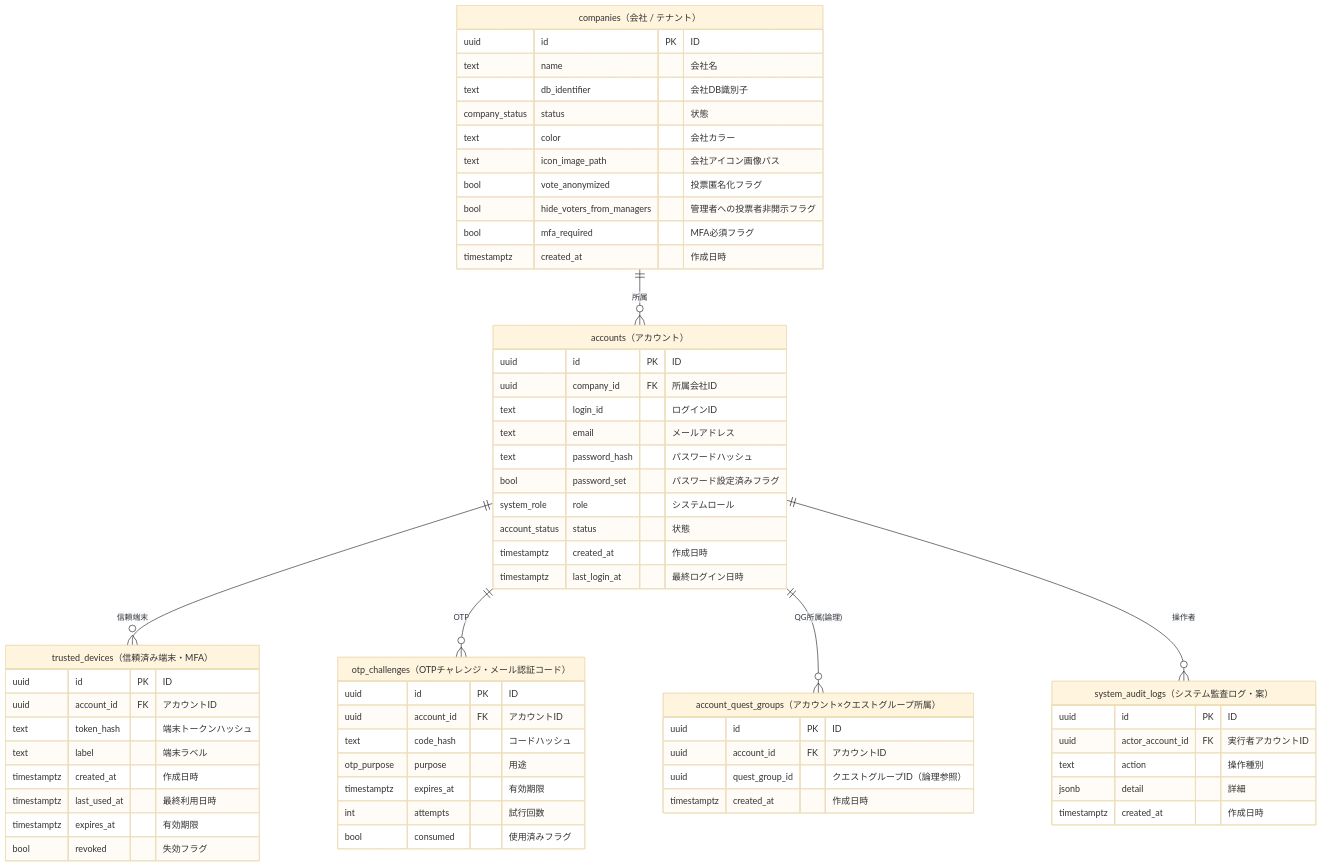
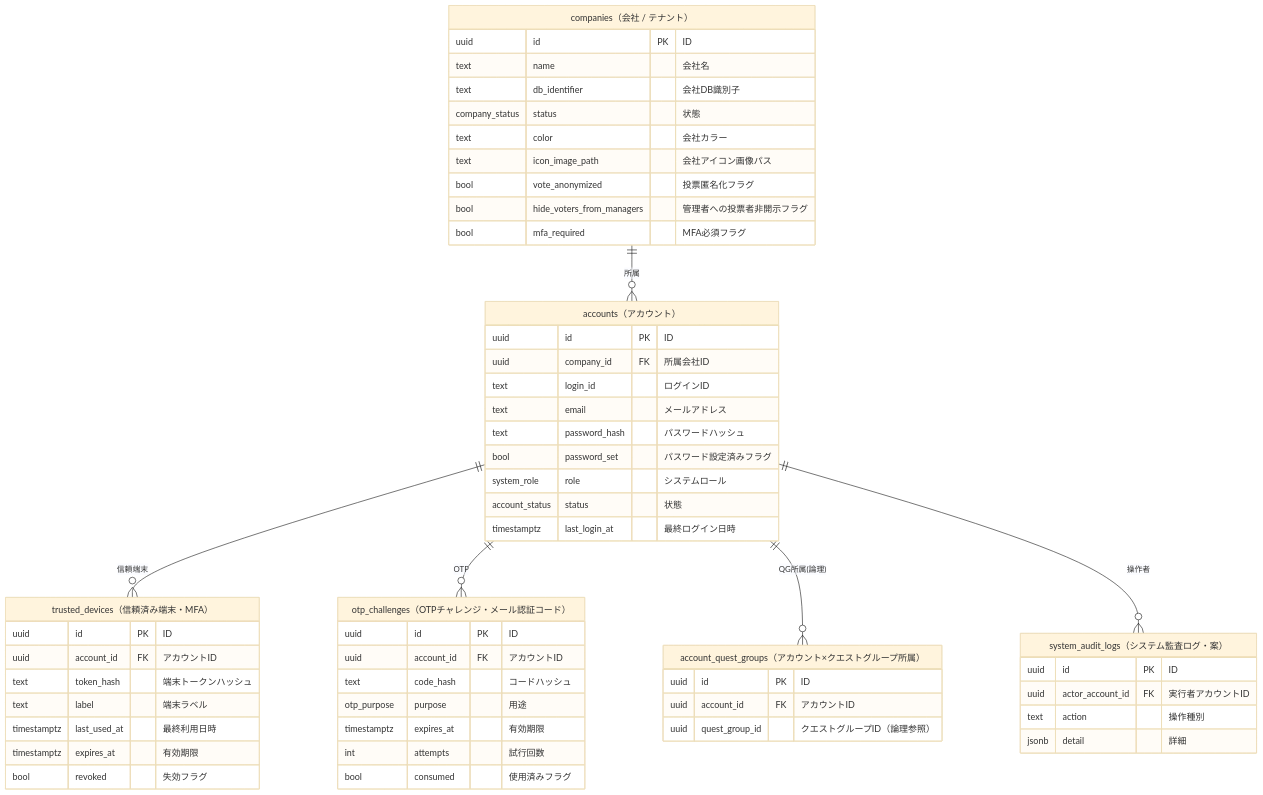
The second of 4 diagrams in doc/データモデル.md (t-umekawa-sc/sc-ideaquest-G2), drawn with Mermaid (base theme) before and after one commit. The commit also changed other lines of this file and 1 other file, not shown here.

First line of the commit message:
データモデル.md 監査カラムを各表・ER図から完全省略へ統一

````diff
--- a/doc/データモデル.md
+++ b/doc/データモデル.md
@@ -149,65 +149,60 @@
 ```mermaid
 erDiagram
   companies ||--o{ accounts : "所属"
   accounts ||--o{ trusted_devices : "信頼端末"
   accounts ||--o{ otp_challenges : "OTP"
   accounts ||--o{ account_quest_groups : "QG所属(論理)"
   accounts ||--o{ system_audit_logs : "操作者"
 
   companies["companies（会社 / テナント）"] {
     uuid id PK "ID"
     text name "会社名"
     text db_identifier "会社DB識別子"
     company_status status "状態"
     text color "会社カラー"
     text icon_image_path "会社アイコン画像パス"
     bool vote_anonymized "投票匿名化フラグ"
     bool hide_voters_from_managers "管理者への投票者非開示フラグ"
     bool mfa_required "MFA必須フラグ"
-    timestamptz created_at "作成日時"
   }
   accounts["accounts（アカウント）"] {
     uuid id PK "ID"
     uuid company_id FK "所属会社ID"
     text login_id "ログインID"
     text email "メールアドレス"
     text password_hash "パスワードハッシュ"
     bool password_set "パスワード設定済みフラグ"
     system_role role "システムロール"
     account_status status "状態"
-    timestamptz created_at "作成日時"
     timestamptz last_login_at "最終ログイン日時"
   }
   trusted_devices["trusted_devices（信頼済み端末・MFA）"] {
     uuid id PK "ID"
     uuid account_id FK "アカウントID"
     text token_hash "端末トークンハッシュ"
     text label "端末ラベル"
-    timestamptz created_at "作成日時"
     timestamptz last_used_at "最終利用日時"
     timestamptz expires_at "有効期限"
     bool revoked "失効フラグ"
   }
   otp_challenges["otp_challenges（OTPチャレンジ・メール認証コード）"] {
     uuid id PK "ID"
     uuid account_id FK "アカウントID"
     text code_hash "コードハッシュ"
     otp_purpose purpose "用途"
     timestamptz expires_at "有効期限"
     int attempts "試行回数"
     bool consumed "使用済みフラグ"
   }
   account_quest_groups["account_quest_groups（アカウント×クエストグループ所属）"] {
     uuid id PK "ID"
     uuid account_id FK "アカウントID"
     uuid quest_group_id "クエストグループID（論理参照）"
-    timestamptz created_at "作成日時"
   }
   system_audit_logs["system_audit_logs（システム監査ログ・案）"] {
     uuid id PK "ID"
     uuid actor_account_id FK "実行者アカウントID"
     text action "操作種別"
     jsonb detail "詳細"
-    timestamptz created_at "作成日時"
   }
 ```
````
